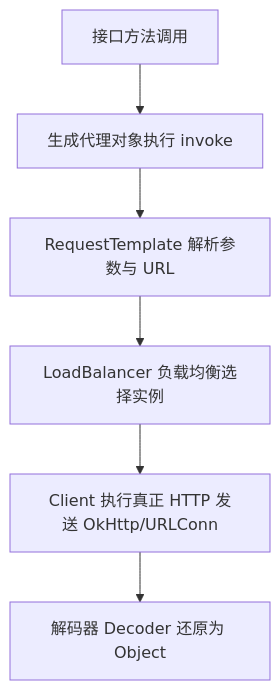
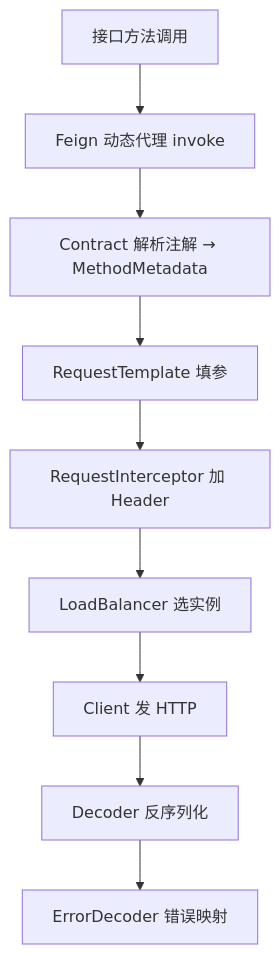
One commit to Aiden-Coding/AiDocs changed the second of 2 diagrams in docs/java/spring/22-mvc-remote-call.md. Above: the diagram before and after it, drawn with Mermaid. The commit also changed other lines of this file and 21 other files, not shown here.

````diff
--- a/docs/java/spring/22-mvc-remote-call.md
+++ b/docs/java/spring/22-mvc-remote-call.md
@@ -65,8 +147,11 @@
 ```mermaid
-graph TD
-    A[接口方法调用] --> B[生成代理对象执行 invoke]
-    B --> C[RequestTemplate 解析参数与 URL]
-    C --> D[LoadBalancer 负载均衡选择实例]
-    D --> E[Client 执行真正 HTTP 发送 OkHttp/URLConn]
-    E --> F[解码器 Decoder 还原为 Object]
+flowchart TD
+    A[接口方法调用] --> B[Feign 动态代理 invoke]
+    B --> C[Contract 解析注解 → MethodMetadata]
+    C --> D[RequestTemplate 填参]
+    D --> E[RequestInterceptor 加 Header]
+    E --> F[LoadBalancer 选实例]
+    F --> G[Client 发 HTTP]
+    G --> H[Decoder 反序列化]
+    H --> I[ErrorDecoder 错误映射]
 ```
````
